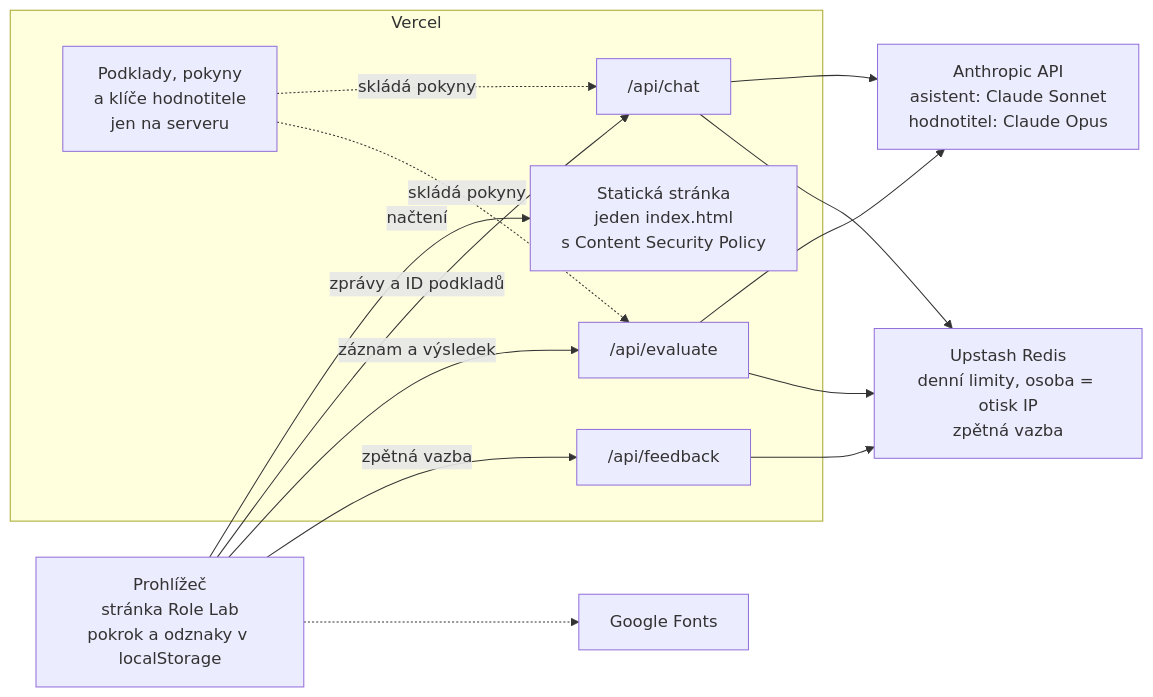
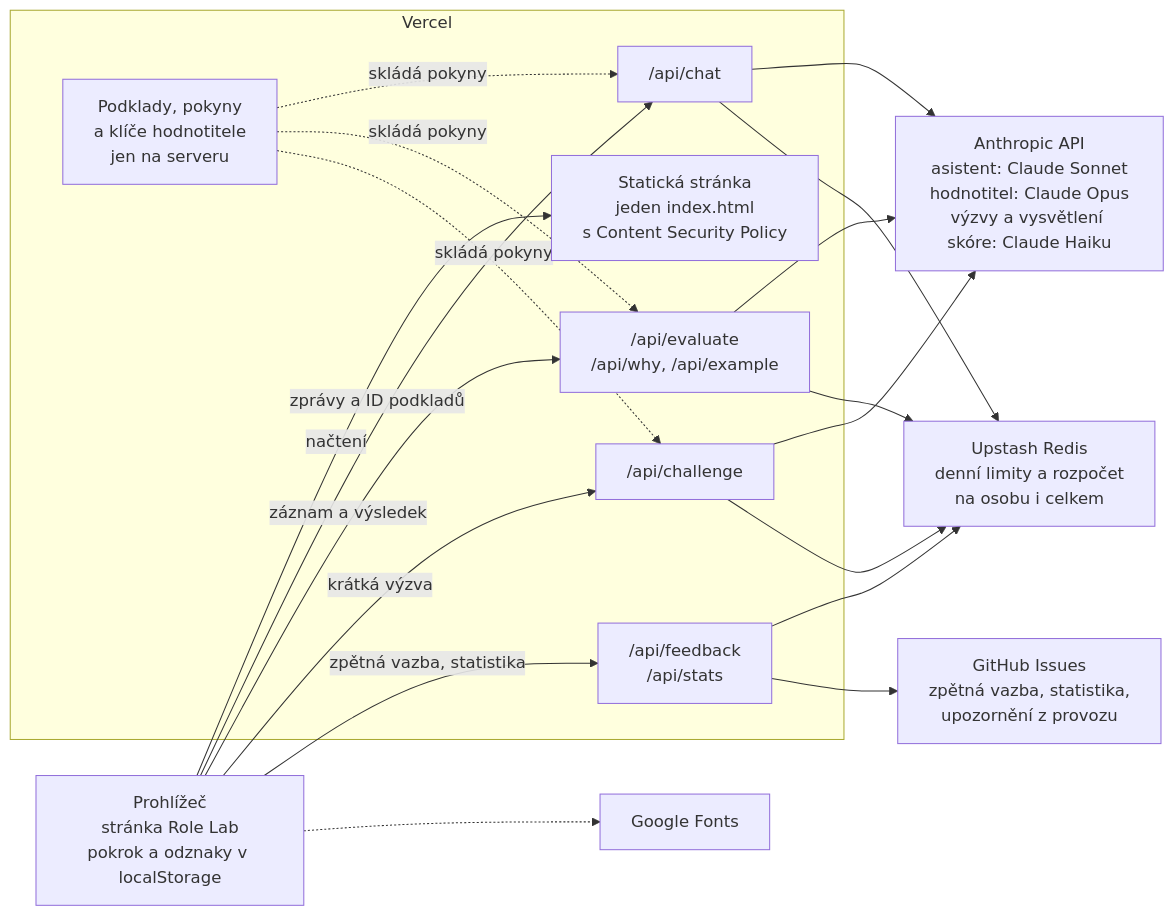
One commit to ovrabe/role-lab-showcase changed the first of 3 diagrams in docs/ARCHITECTURE.md. Above: the diagram before and after it, drawn with Mermaid. The commit also changed other lines of this file and 17 other files, not shown here.

````diff
--- a/docs/ARCHITECTURE.md
+++ b/docs/ARCHITECTURE.md
@@ -9,25 +9,29 @@
 ```mermaid
 flowchart LR
     browser["Prohlížeč<br/>stránka Role Lab<br/>pokrok a odznaky v localStorage"]
 
     subgraph vercel["Vercel"]
         page["Statická stránka<br/>jeden index.html<br/>s Content Security Policy"]
         chat["/api/chat"]
-        evaluate["/api/evaluate"]
-        feedback["/api/feedback"]
+        evaluate["/api/evaluate<br/>/api/why, /api/example"]
+        challenge["/api/challenge"]
+        feedback["/api/feedback<br/>/api/stats"]
         content["Podklady, pokyny<br/>a klíče hodnotitele<br/>jen na serveru"]
     end
 
-    anthropic["Anthropic API<br/>asistent: Claude Sonnet<br/>hodnotitel: Claude Opus"]
-    upstash["Upstash Redis<br/>denní limity, osoba = otisk IP<br/>zpětná vazba"]
+    anthropic["Anthropic API<br/>asistent: Claude Sonnet<br/>hodnotitel: Claude Opus<br/>výzvy a vysvětlení skóre: Claude Haiku"]
+    upstash["Upstash Redis<br/>denní limity a rozpočet<br/>na osobu i celkem"]
+    github["GitHub Issues<br/>zpětná vazba, statistika,<br/>upozornění z provozu"]
     fonts["Google Fonts"]
 
     browser -- "načtení" --> page
     browser -- "zprávy a ID podkladů" --> chat
     browser -- "záznam a výsledek" --> evaluate
-    browser -- "zpětná vazba" --> feedback
-    content -. "skládá pokyny" .-> chat & evaluate
-    chat & evaluate --> anthropic
-    chat & evaluate & feedback --> upstash
+    browser -- "krátká výzva" --> challenge
+    browser -- "zpětná vazba, statistika" --> feedback
+    content -. "skládá pokyny" .-> chat & evaluate & challenge
+    chat & evaluate & challenge --> anthropic
+    chat & evaluate & challenge & feedback --> upstash
+    feedback --> github
     browser -.-> fonts
 ```
````
